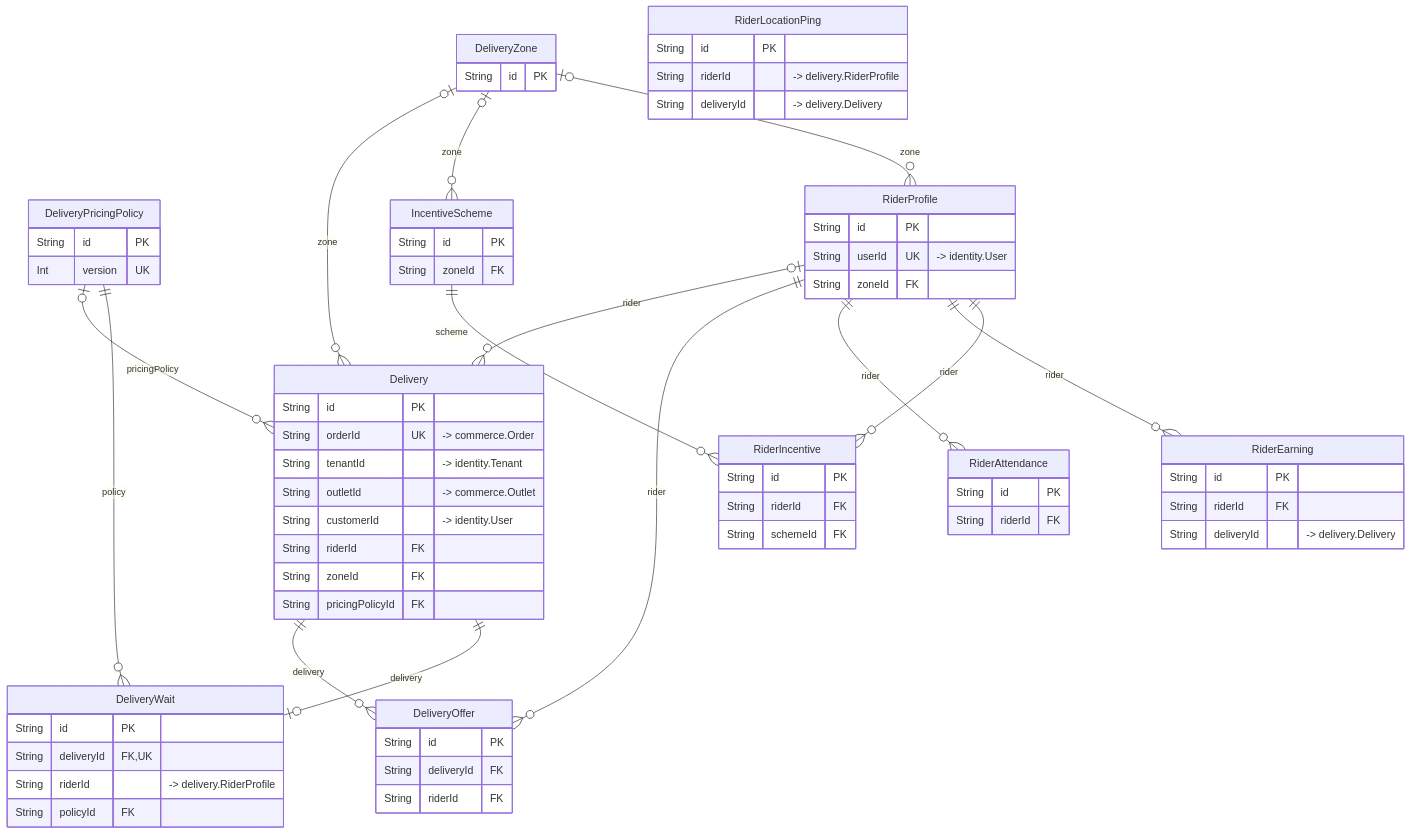
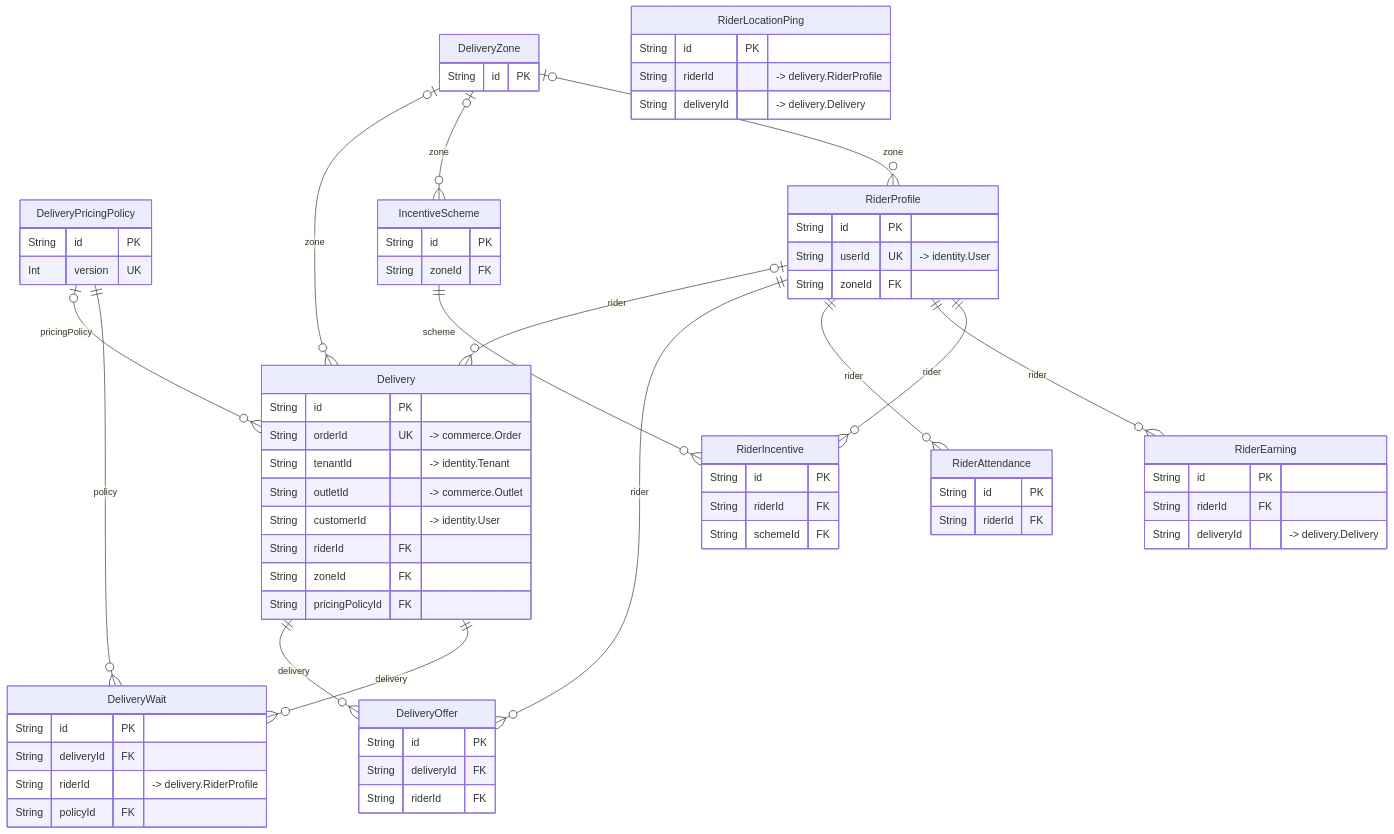
One commit to RAJIVJAZ/Alpha changed the diagram in docs/database/delivery.md. Above: the diagram before and after it, drawn with Mermaid. The commit also changed other lines of this file and 29 other files, not shown here.

````diff
--- a/docs/database/delivery.md
+++ b/docs/database/delivery.md
@@ -7,72 +7,72 @@
 ```mermaid
 erDiagram
   Delivery {
     String id PK
     String orderId UK "-> commerce.Order"
     String tenantId "-> identity.Tenant"
     String outletId "-> commerce.Outlet"
     String customerId "-> identity.User"
     String riderId FK
     String zoneId FK
     String pricingPolicyId FK
   }
   DeliveryOffer {
     String id PK
     String deliveryId FK
     String riderId FK
   }
   DeliveryPricingPolicy {
     String id PK
     Int version UK
   }
   DeliveryWait {
     String id PK
-    String deliveryId FK, UK
+    String deliveryId FK
     String riderId "-> delivery.RiderProfile"
     String policyId FK
   }
   DeliveryZone {
     String id PK
   }
   IncentiveScheme {
     String id PK
     String zoneId FK
   }
   RiderAttendance {
     String id PK
     String riderId FK
   }
   RiderEarning {
     String id PK
     String riderId FK
     String deliveryId "-> delivery.Delivery"
   }
   RiderIncentive {
     String id PK
     String riderId FK
     String schemeId FK
   }
   RiderLocationPing {
     String id PK
     String riderId "-> delivery.RiderProfile"
     String deliveryId "-> delivery.Delivery"
   }
   RiderProfile {
     String id PK
     String userId UK "-> identity.User"
     String zoneId FK
   }
   Delivery ||--o{ DeliveryOffer : "delivery"
-  Delivery ||--o| DeliveryWait : "delivery"
+  Delivery ||--o{ DeliveryWait : "delivery"
   DeliveryPricingPolicy |o--o{ Delivery : "pricingPolicy"
   DeliveryPricingPolicy ||--o{ DeliveryWait : "policy"
   DeliveryZone |o--o{ Delivery : "zone"
   DeliveryZone |o--o{ IncentiveScheme : "zone"
   DeliveryZone |o--o{ RiderProfile : "zone"
   IncentiveScheme ||--o{ RiderIncentive : "scheme"
   RiderProfile |o--o{ Delivery : "rider"
   RiderProfile ||--o{ DeliveryOffer : "rider"
   RiderProfile ||--o{ RiderAttendance : "rider"
   RiderProfile ||--o{ RiderEarning : "rider"
   RiderProfile ||--o{ RiderIncentive : "rider"
 ```
````
